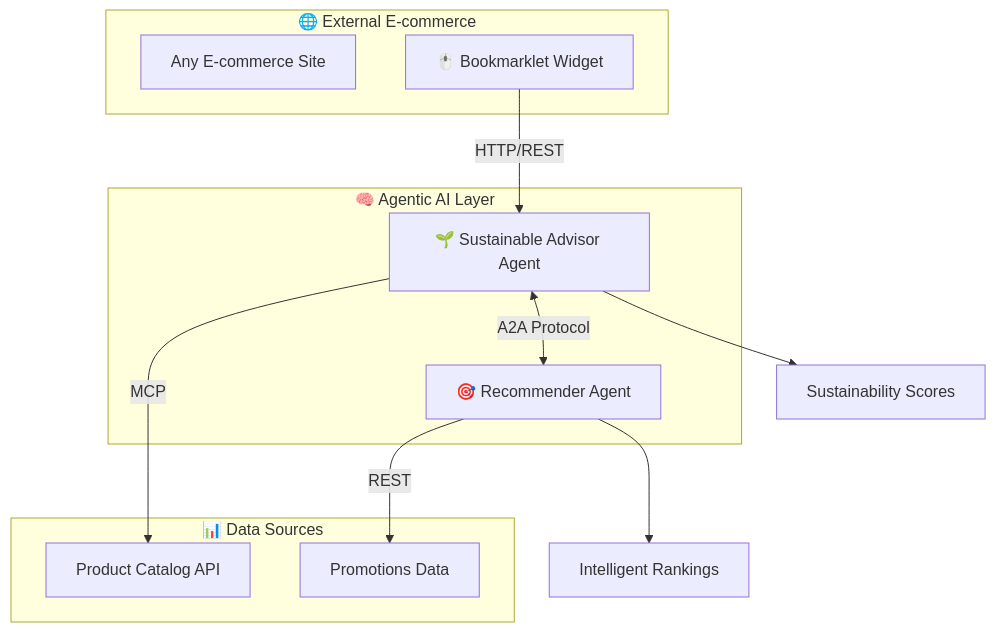
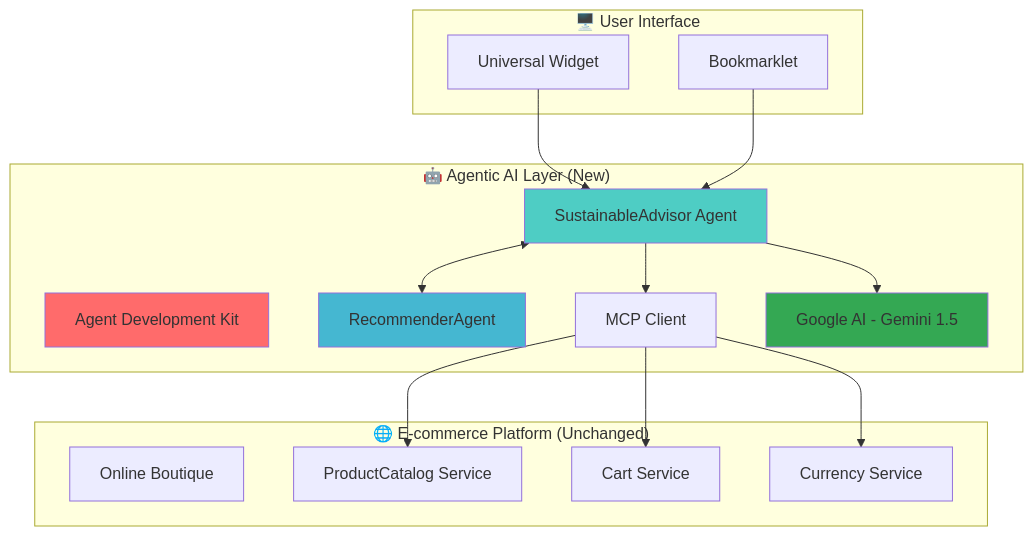
One commit to mariafiorio/sustainable-shopping-advisor changed the diagram in README.md. Above: the diagram before and after it, drawn with Mermaid. The commit also changed other lines of this file, not shown here.

````diff
--- a/README.md
+++ b/README.md
@@ -33,26 +30,36 @@
 ```mermaid
 graph TB
-    subgraph "🌐 External E-commerce"
-        ECOM[Any E-commerce Site]
-        WIDGET[🖱️ Bookmarklet Widget]
+    subgraph "🌐 E-commerce Platform (Unchanged)"
+        OB[Online Boutique]
+        PC[ProductCatalog Service]
+        CS[Cart Service]
+        CU[Currency Service]
     end
     
-    subgraph "🧠 Agentic AI Layer"
-        SA[🌱 Sustainable Advisor Agent]
-        RA[🎯 Recommender Agent]
-        
-        SA <-->|A2A Protocol| RA
+    subgraph "🤖 Agentic AI Layer (New)"
+        ADK[Agent Development Kit]
+        SA[SustainableAdvisor Agent]
+        RA[RecommenderAgent]
+        MCP[MCP Client]
+        GEMINI[Google AI - Gemini 1.5]
     end
     
-    subgraph "📊 Data Sources"
-        CATALOG[Product Catalog API]
-        PROMO[Promotions Data]
+    subgraph "🖥️ User Interface"
+        WIDGET[Universal Widget]
+        BOOK[Bookmarklet]
     end
     
-    WIDGET -->|HTTP/REST| SA
-    SA -->|MCP| CATALOG
-    RA -->|REST| PROMO
+    WIDGET --> SA
+    BOOK --> SA
+    SA <--> RA
+    SA --> MCP
+    MCP --> PC
+    MCP --> CS
+    MCP --> CU
+    SA --> GEMINI
     
-    SA --> RECOMMENDATIONS[Sustainability Scores]
-    RA --> RANKINGS[Intelligent Rankings]
+    style ADK fill:#ff6b6b
+    style SA fill:#4ecdc4
+    style RA fill:#45b7d1
+    style GEMINI fill:#34a853
 ```
````
